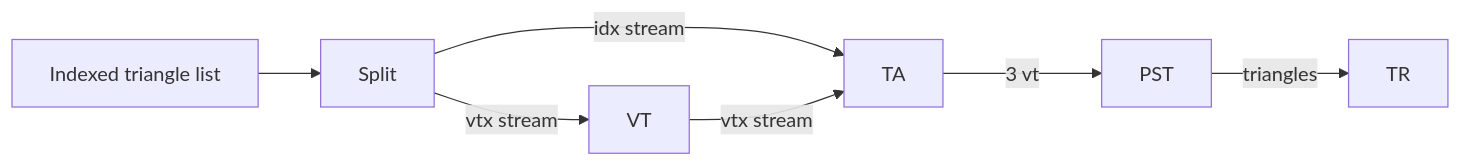
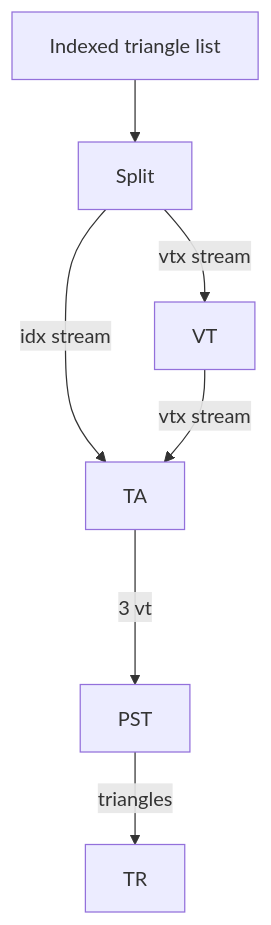
Before and after one commit to Hidan0/3d-ascii-graphics-engine: the diagram in README.md, drawn with Mermaid. The commit also changed other lines of this file, not shown here.

````diff
--- a/README.md
+++ b/README.md
@@ -5,9 +7,9 @@
 ```mermaid
-graph LR;
+graph TD;
 	A[Indexed triangle list]-->B[Split]
 	B--vtx stream-->C[VT]
 	B--idx stream-->D
 	C--vtx stream-->D[TA]
 	D--3 vtx-->E[PST]
 	E--triangles-->F[TR]
 ```
````
